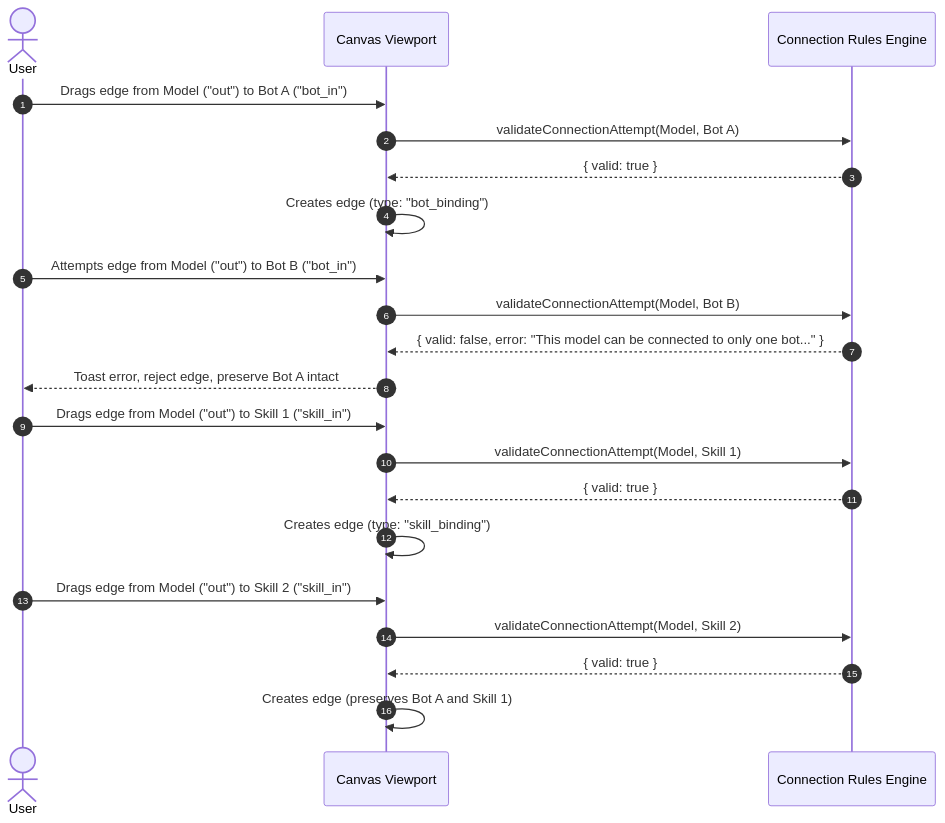
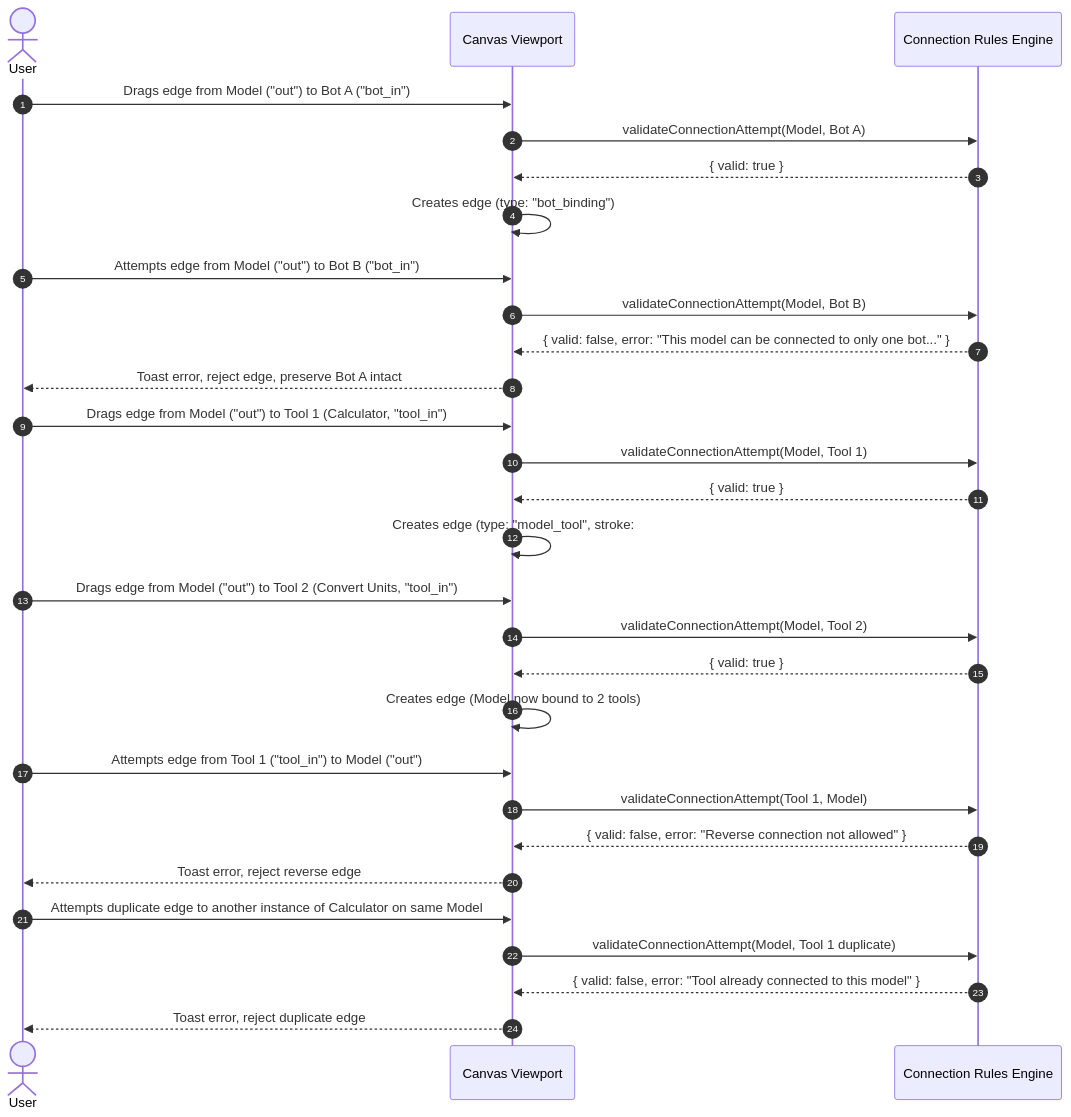
The second of 6 diagrams in docs/features/canvas-catalog-bots-skills/diagrams.md (DungTran1201/AgentHarnessApplied), drawn with Mermaid before and after one commit. The commit also changed other lines of this file and 14 other files, not shown here.

````diff
--- a/docs/features/canvas-catalog-bots-skills/diagrams.md
+++ b/docs/features/canvas-catalog-bots-skills/diagrams.md
@@ -32,27 +37,37 @@
 ```mermaid
 sequenceDiagram
     autonumber
     actor User as User
     participant Canvas as Canvas Viewport
     participant RuleEngine as Connection Rules Engine
 
     User->>Canvas: Drags edge from Model ("out") to Bot A ("bot_in")
     Canvas->>RuleEngine: validateConnectionAttempt(Model, Bot A)
     RuleEngine-->>Canvas: { valid: true }
     Canvas->>Canvas: Creates edge (type: "bot_binding")
 
     User->>Canvas: Attempts edge from Model ("out") to Bot B ("bot_in")
     Canvas->>RuleEngine: validateConnectionAttempt(Model, Bot B)
     RuleEngine-->>Canvas: { valid: false, error: "This model can be connected to only one bot..." }
     Canvas-->>User: Toast error, reject edge, preserve Bot A intact
 
-    User->>Canvas: Drags edge from Model ("out") to Skill 1 ("skill_in")
-    Canvas->>RuleEngine: validateConnectionAttempt(Model, Skill 1)
+    User->>Canvas: Drags edge from Model ("out") to Tool 1 (Calculator, "tool_in")
+    Canvas->>RuleEngine: validateConnectionAttempt(Model, Tool 1)
     RuleEngine-->>Canvas: { valid: true }
-    Canvas->>Canvas: Creates edge (type: "skill_binding")
+    Canvas->>Canvas: Creates edge (type: "model_tool", stroke: #0ea5e9)
 
-    User->>Canvas: Drags edge from Model ("out") to Skill 2 ("skill_in")
-    Canvas->>RuleEngine: validateConnectionAttempt(Model, Skill 2)
+    User->>Canvas: Drags edge from Model ("out") to Tool 2 (Convert Units, "tool_in")
+    Canvas->>RuleEngine: validateConnectionAttempt(Model, Tool 2)
     RuleEngine-->>Canvas: { valid: true }
-    Canvas->>Canvas: Creates edge (preserves Bot A and Skill 1)
+    Canvas->>Canvas: Creates edge (Model now bound to 2 tools)
+
+    User->>Canvas: Attempts edge from Tool 1 ("tool_in") to Model ("out")
+    Canvas->>RuleEngine: validateConnectionAttempt(Tool 1, Model)
+    RuleEngine-->>Canvas: { valid: false, error: "Reverse connection not allowed" }
+    Canvas-->>User: Toast error, reject reverse edge
+
+    User->>Canvas: Attempts duplicate edge to another instance of Calculator on same Model
+    Canvas->>RuleEngine: validateConnectionAttempt(Model, Tool 1 duplicate)
+    RuleEngine-->>Canvas: { valid: false, error: "Tool already connected to this model" }
+    Canvas-->>User: Toast error, reject duplicate edge
 ```
````
